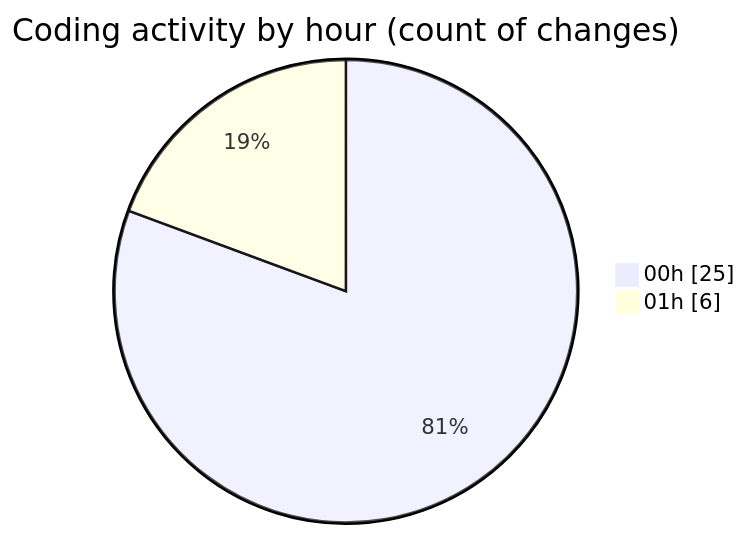
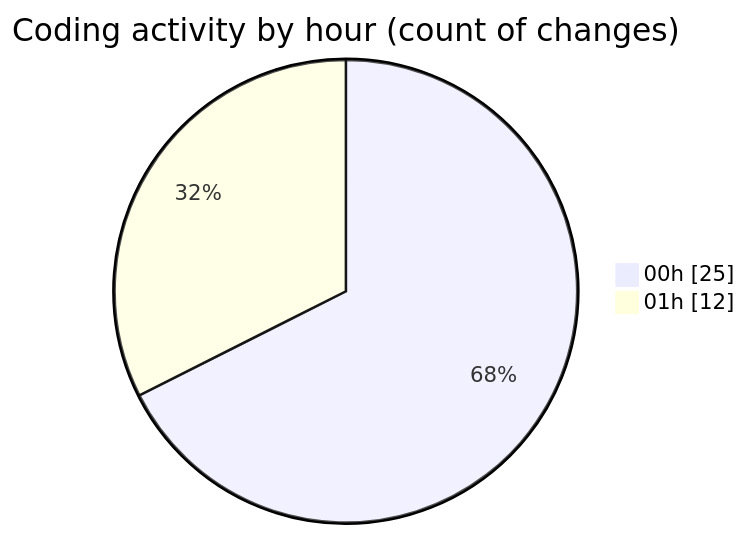
One commit to EIIisD/code-tracking changed the second of 2 diagrams in 2025-07-18/ribbon/README.md. Above: the diagram before and after it, drawn with Mermaid. The commit also changed other lines of this file and 1 other file, not shown here.

````diff
--- a/2025-07-18/ribbon/README.md
+++ b/2025-07-18/ribbon/README.md
@@ -34,6 +36,6 @@
 ```mermaid
 pie showData
 title Coding activity by hour (count of changes)
 "00h" : 25
-"01h" : 6
+"01h" : 12
 ```
````
